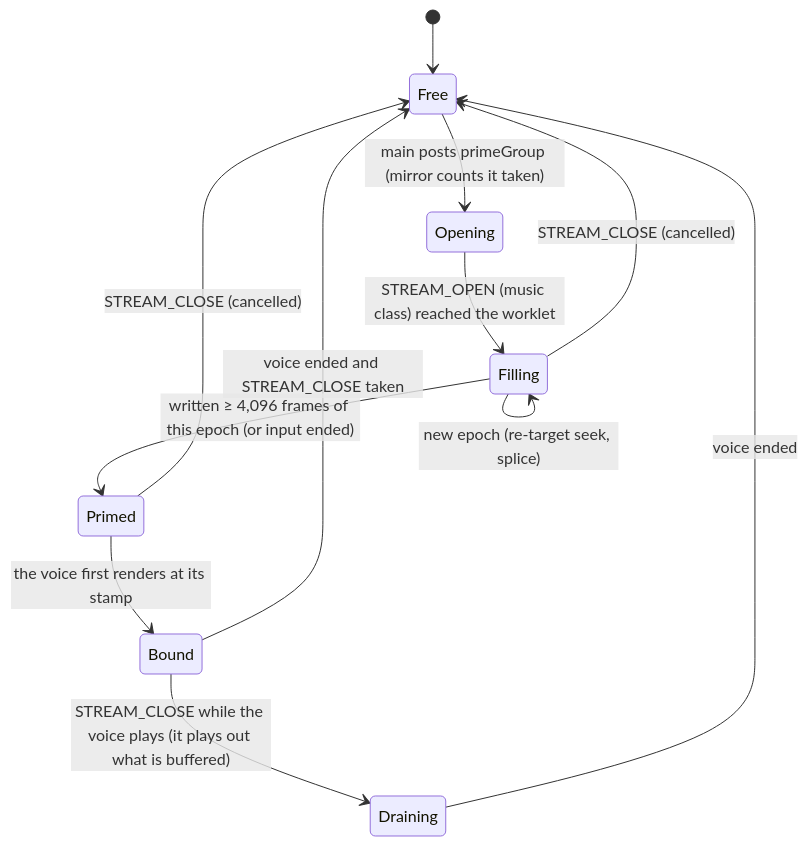
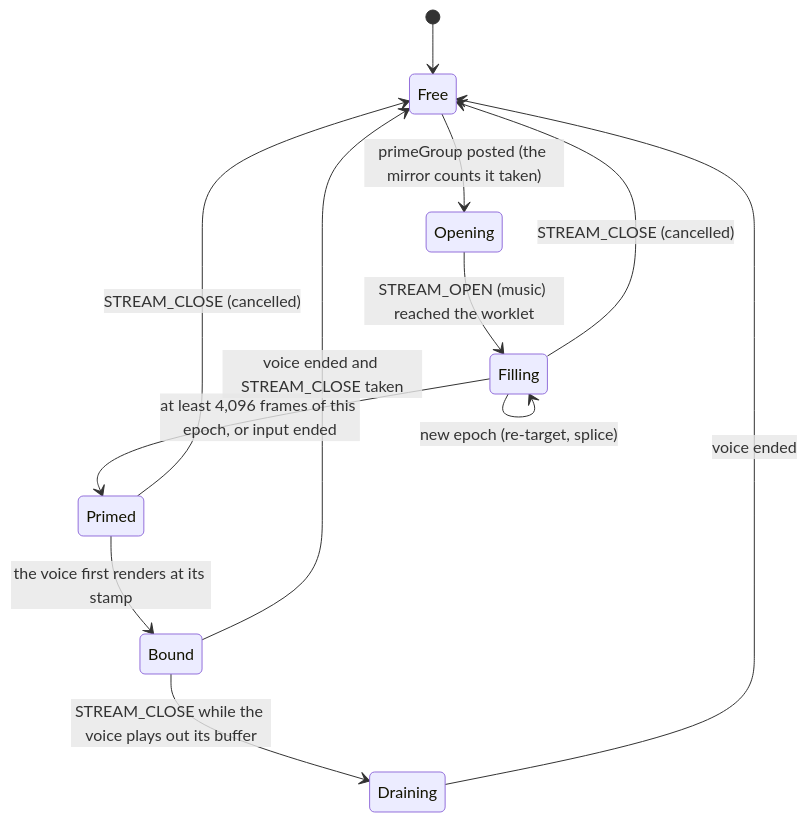
One commit to doughtnerd/TranquilityEngine changed the fourth of 9 diagrams in docs/design/0166-audio-music/architecture.md. Above: the diagram before and after it, drawn with Mermaid. The commit also changed other lines of this file and 1 other file, not shown here.

First line of the commit message:
0166 round 2B: architecture and contracts revised under rulings R1-R24

````diff
--- a/docs/design/0166-audio-music/architecture.md
+++ b/docs/design/0166-audio-music/architecture.md
@@ -152,14 +179,14 @@
 ```mermaid
 stateDiagram-v2
   [*] --> Free
-  Free --> Opening: main posts primeGroup (mirror counts it taken)
-  Opening --> Filling: STREAM_OPEN (music class) reached the worklet
-  Filling --> Primed: written ≥ 4,096 frames of this epoch (or input ended)
+  Free --> Opening: primeGroup posted (the mirror counts it taken)
+  Opening --> Filling: STREAM_OPEN (music) reached the worklet
+  Filling --> Primed: at least 4,096 frames of this epoch, or input ended
   Primed --> Bound: the voice first renders at its stamp
-  Bound --> Draining: STREAM_CLOSE while the voice plays (it plays out what is buffered)
+  Filling --> Filling: new epoch (re-target, splice)
+  Bound --> Draining: STREAM_CLOSE while the voice plays out its buffer
   Bound --> Free: voice ended and STREAM_CLOSE taken
   Filling --> Free: STREAM_CLOSE (cancelled)
   Primed --> Free: STREAM_CLOSE (cancelled)
   Draining --> Free: voice ended
-  Filling --> Filling: new epoch (re-target seek, splice)
 ```
````
